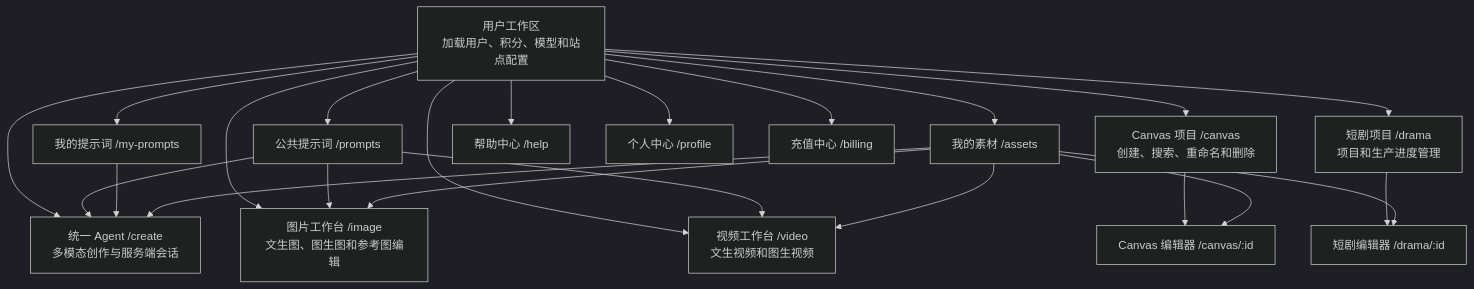
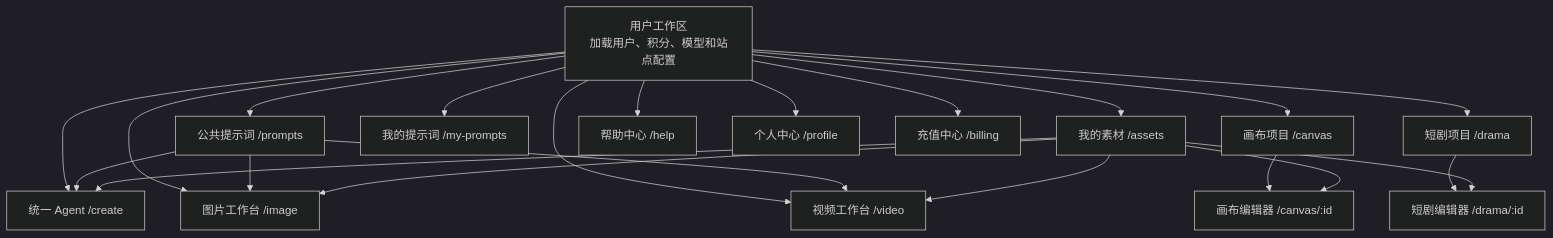
The second of 9 diagrams in README.md (jiujiu532/JoveCanvas), drawn with Mermaid (dark theme) before and after one commit. The commit also changed other lines of this file and 1 other file, not shown here.

First line of the commit message:
docs: README 品牌改为 JoveCanvas 并清理上游痕迹

````diff
--- a/README.md
+++ b/README.md
@@ -82,32 +81,30 @@
 ```mermaid
 flowchart TB
     USER["用户工作区<br/>加载用户、积分、模型和站点配置"]
 
-    USER --> CREATE["统一 Agent /create<br/>多模态创作与服务端会话"]
-    USER --> IMAGE["图片工作台 /image<br/>文生图、图生图和参考图编辑"]
-    USER --> VIDEO["视频工作台 /video<br/>文生视频和图生视频"]
+    USER --> CREATE["统一 Agent /create"]
+    USER --> IMAGE["图片工作台 /image"]
+    USER --> VIDEO["视频工作台 /video"]
 
-    USER --> CANVAS["Canvas 项目 /canvas<br/>创建、搜索、重命名和删除"]
-    CANVAS --> CANVAS_ID["Canvas 编辑器 /canvas/:id"]
+    USER --> CANVAS["画布项目 /canvas"]
+    CANVAS --> CANVAS_ID["画布编辑器 /canvas/:id"]
 
-    USER --> DRAMA["短剧项目 /drama<br/>项目和生产进度管理"]
+    USER --> DRAMA["短剧项目 /drama"]
     DRAMA --> DRAMA_ID["短剧编辑器 /drama/:id"]
 
     USER --> PROMPTS["公共提示词 /prompts"]
     USER --> MY_PROMPTS["我的提示词 /my-prompts"]
     USER --> ASSETS["我的素材 /assets"]
     USER --> HELP["帮助中心 /help"]
     USER --> PROFILE["个人中心 /profile"]
     USER --> BILLING["充值中心 /billing"]
 
     PROMPTS --> CREATE
     PROMPTS --> IMAGE
     PROMPTS --> VIDEO
-
-    MY_PROMPTS --> CREATE
     ASSETS --> CREATE
     ASSETS --> IMAGE
     ASSETS --> VIDEO
     ASSETS --> CANVAS_ID
     ASSETS --> DRAMA_ID
 ```
````
